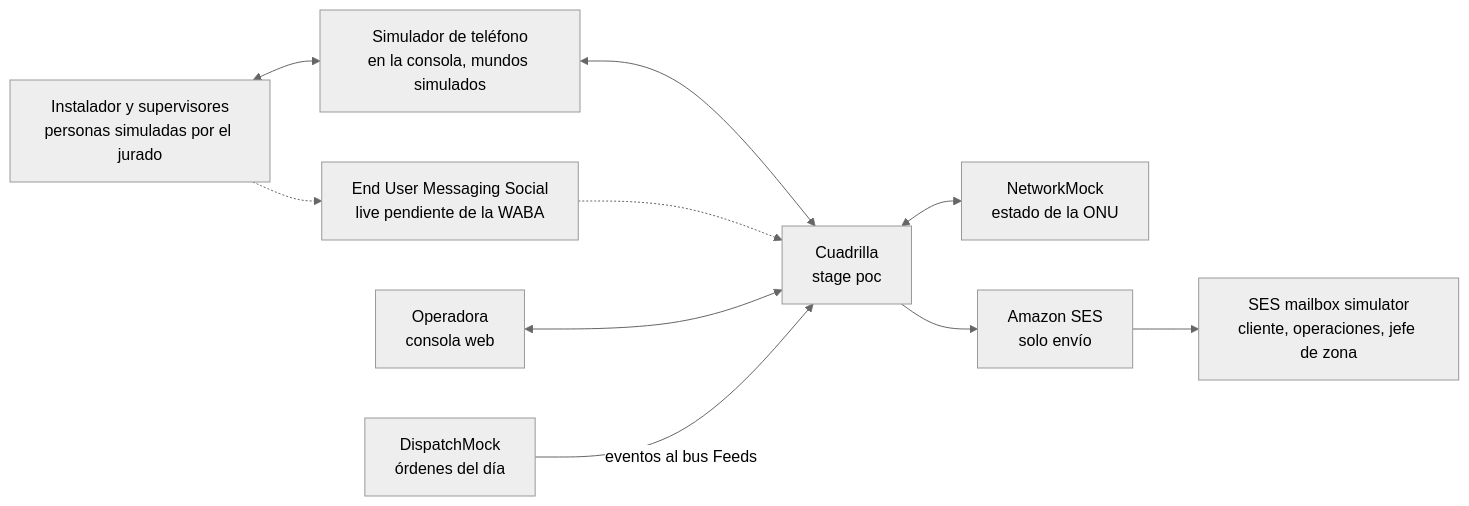
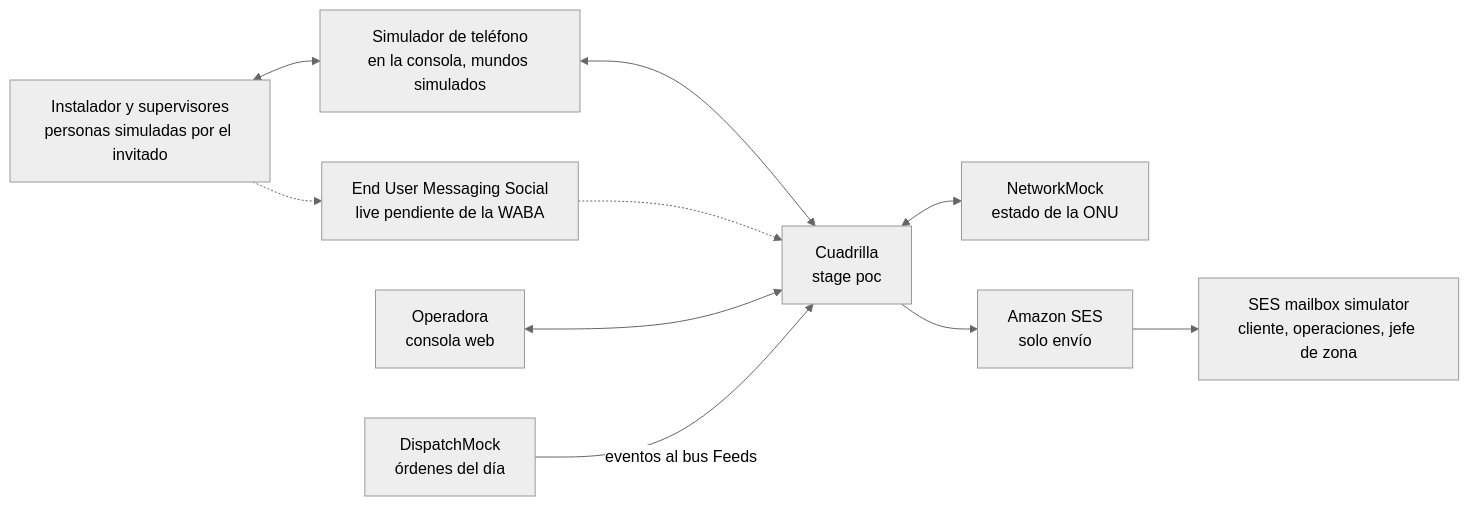
The first of 3 diagrams in docs/architecture.md (craftech-io/aws-cds-hackathon-poc-cuadrilla), drawn with Mermaid (neutral theme) before and after one commit. The commit also changed other lines of this file and 35 other files, not shown here.

````diff
--- a/docs/architecture.md
+++ b/docs/architecture.md
@@ -96,21 +105,21 @@
 ```mermaid
 flowchart LR
-  INS["Instalador y supervisores<br/>personas simuladas por el jurado"]
+  INS["Instalador y supervisores<br/>personas simuladas por el invitado"]
   SIMU["Simulador de teléfono<br/>en la consola, mundos simulados"]
   EUMS["End User Messaging Social<br/>live pendiente de la WABA"]
   OPS["Operadora<br/>consola web"]
   CQ["Cuadrilla<br/>stage poc"]
   DISP["DispatchMock<br/>órdenes del día"]
   NET["NetworkMock<br/>estado de la ONU"]
   SES["Amazon SES<br/>solo envío"]
   MBX["SES mailbox simulator<br/>cliente, operaciones, jefe de zona"]
   INS <--> SIMU
   INS -.-> EUMS
   SIMU <--> CQ
   EUMS -.-> CQ
   OPS <--> CQ
   DISP -->|eventos al bus Feeds| CQ
   CQ <--> NET
   CQ --> SES
   SES --> MBX
 ```
````
